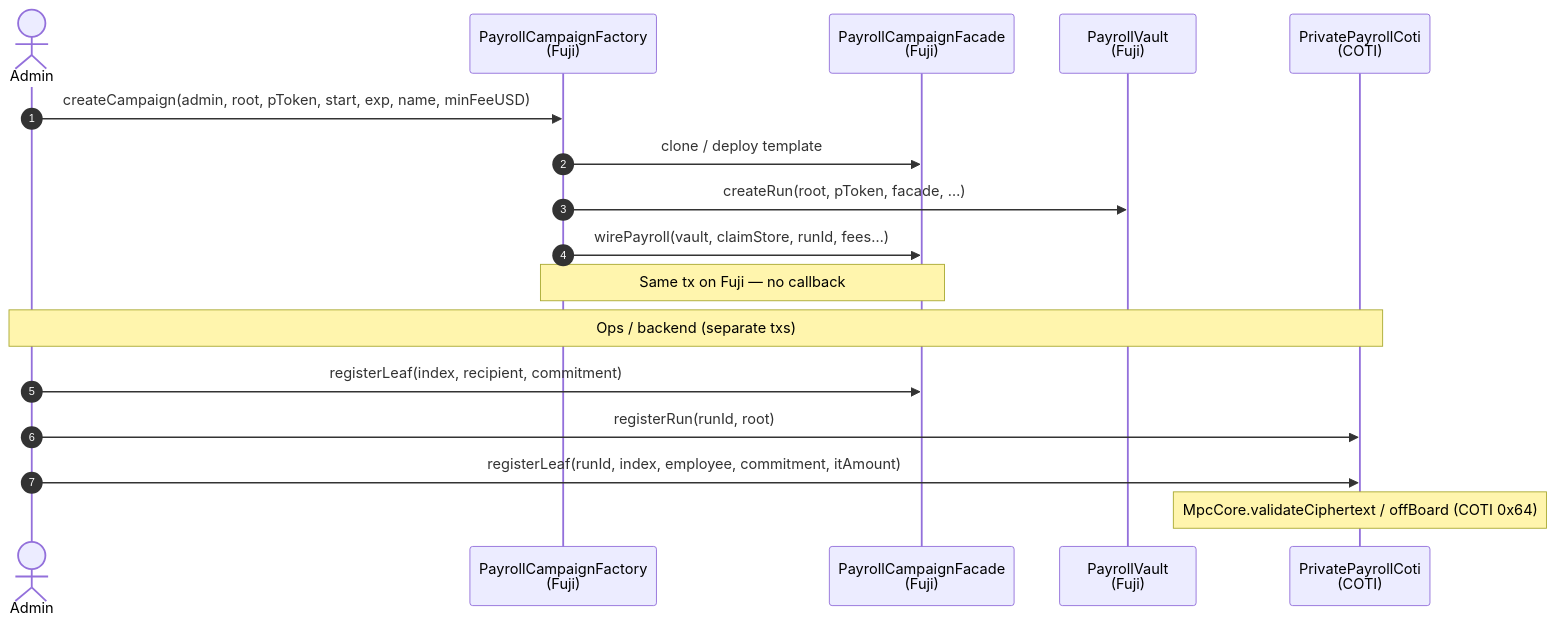
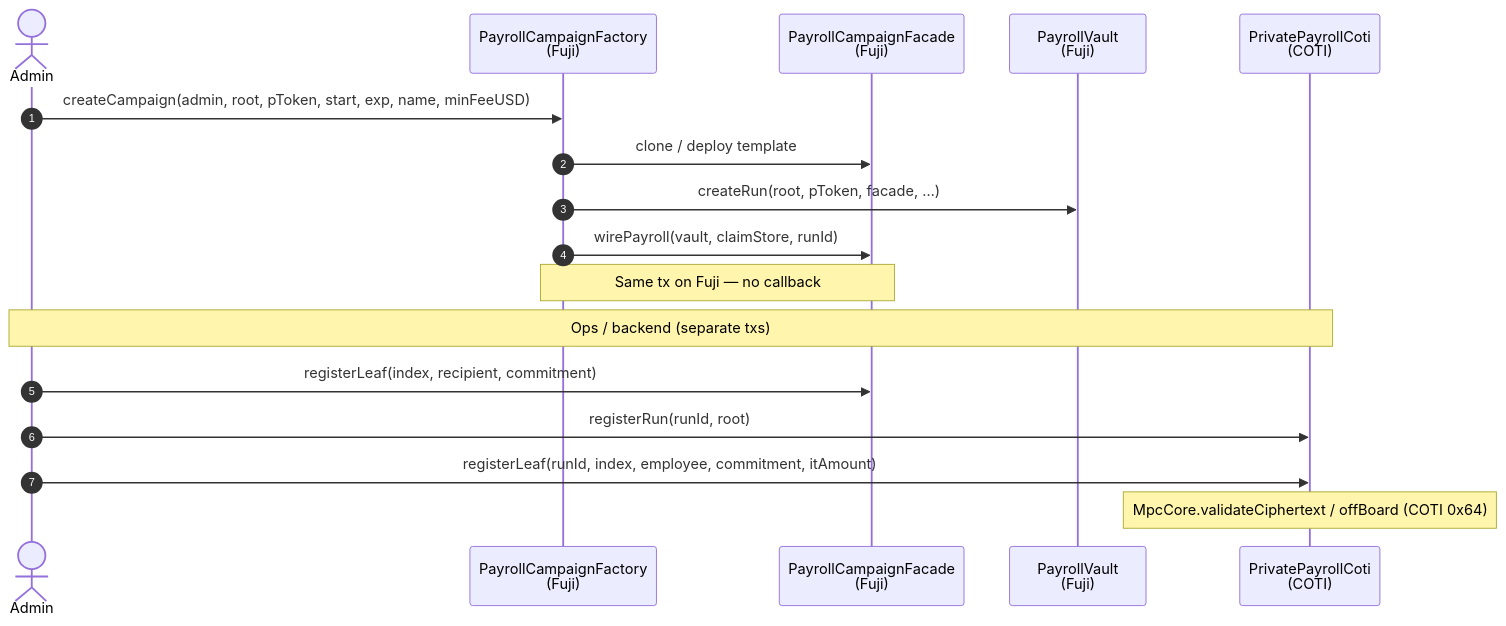
One commit to coti-io/pod-dapp-ports changed the second of 6 diagrams in sablier-payroll-pod/docs/USER_FLOWS.md. Above: the diagram before and after it, drawn with Mermaid. The commit also changed other lines of this file and 15 other files, not shown here.

````diff
--- a/sablier-payroll-pod/docs/USER_FLOWS.md
+++ b/sablier-payroll-pod/docs/USER_FLOWS.md
@@ -32,21 +32,21 @@
 ```mermaid
 sequenceDiagram
   autonumber
   actor Admin
   participant Factory as PayrollCampaignFactory<br/>(Fuji)
   participant Facade as PayrollCampaignFacade<br/>(Fuji)
   participant Vault as PayrollVault<br/>(Fuji)
   participant PPC as PrivatePayrollCoti<br/>(COTI)
 
   Admin->>Factory: createCampaign(admin, root, pToken, start, exp, name, minFeeUSD)
   Factory->>Facade: clone / deploy template
   Factory->>Vault: createRun(root, pToken, facade, …)
-  Factory->>Facade: wirePayroll(vault, claimStore, runId, fees…)
+  Factory->>Facade: wirePayroll(vault, claimStore, runId)
   Note over Factory,Facade: Same tx on Fuji — no callback
 
   Note over Admin,PPC: Ops / backend (separate txs)
   Admin->>Facade: registerLeaf(index, recipient, commitment)
   Admin->>PPC: registerRun(runId, root)
   Admin->>PPC: registerLeaf(runId, index, employee, commitment, itAmount)
   Note over PPC: MpcCore.validateCiphertext / offBoard (COTI 0x64)
 ```
````
